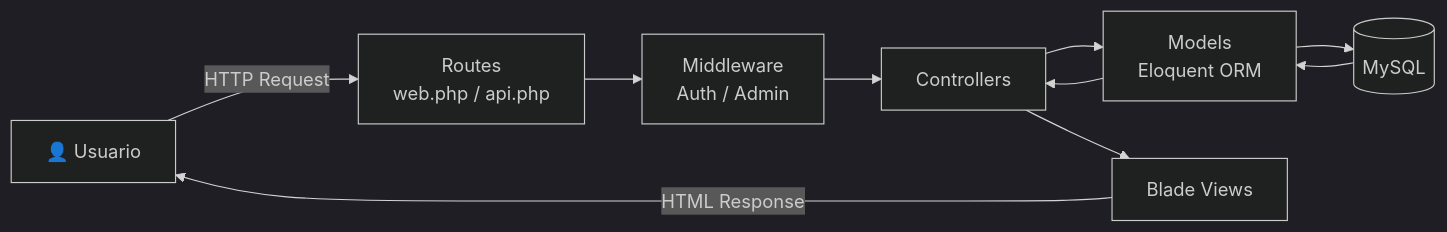
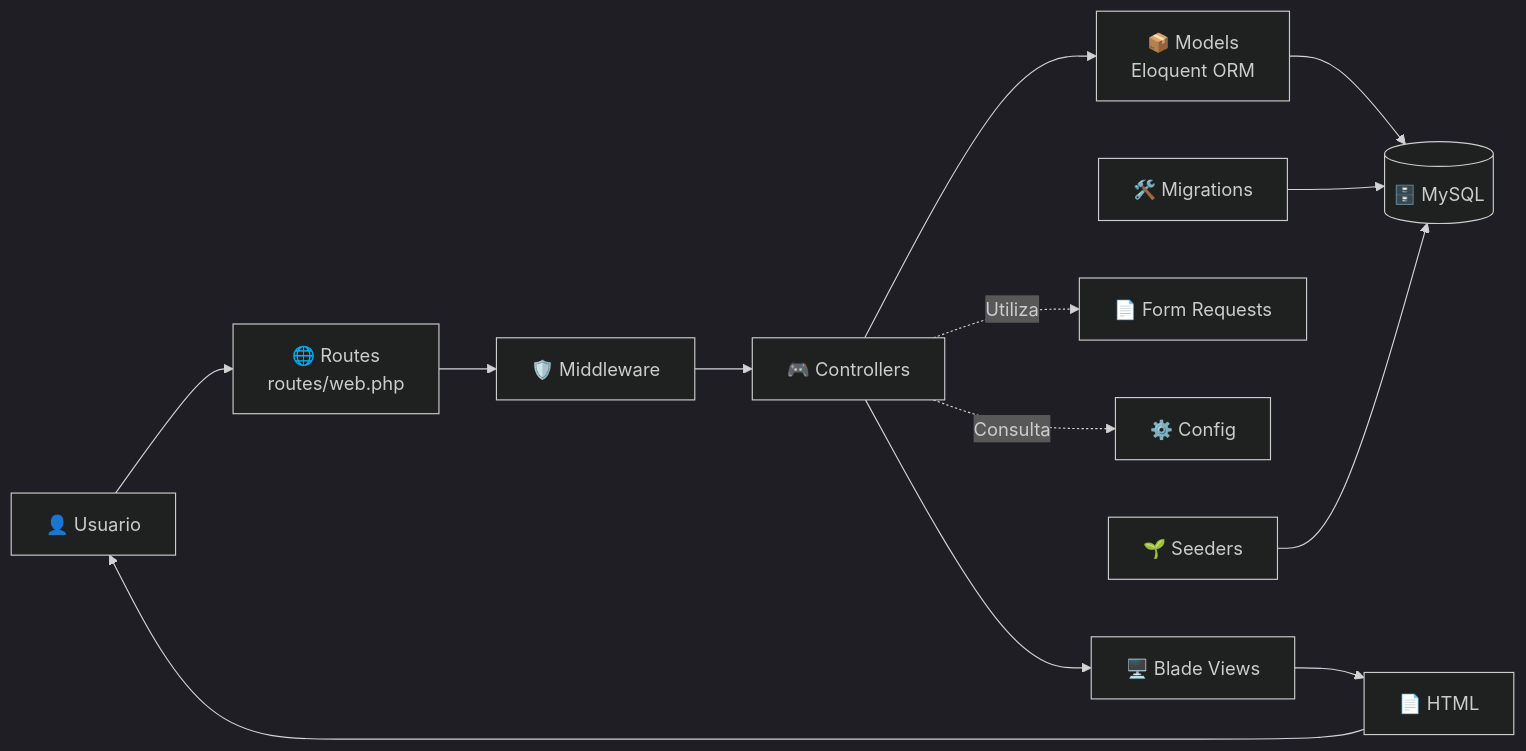
One commit to facusoster/FinalProdWebLaravel changed the diagram in docs/diagramas/01_ArquitecturaMVC.md. Above: the diagram before and after it, drawn with Mermaid (dark theme). The commit also changed other lines of this file and 25 other files, not shown here.

Commit message:
Actualizo documentación completa: diagramas, requisitos, arquitectura, UML y setup

````diff
--- a/docs/diagramas/01_ArquitecturaMVC.md
+++ b/docs/diagramas/01_ArquitecturaMVC.md
@@ -19,27 +23,27 @@
 ```mermaid
 flowchart LR
 
-    U[👤 Usuario]
+    A["👤 Usuario"] --> B["🌐 Routes<br/>routes/web.php"]
 
-    R["Routes<br/>web.php / api.php"]
+    B --> C["🛡️ Middleware"]
 
-    M["Middleware<br/>Auth / Admin"]
+    C --> D["🎮 Controllers"]
 
-    C["Controllers"]
+    D --> E["📦 Models<br/>Eloquent ORM"]
 
-    E["Models<br/>Eloquent ORM"]
+    E --> F[("🗄️ MySQL")]
 
-    DB[("MySQL")]
+    D --> G["🖥️ Blade Views"]
 
-    V["Blade Views"]
+    G --> H["📄 HTML"]
 
-    U -->|HTTP Request| R
-    R --> M
-    M --> C
-    C --> E
-    E --> DB
-    DB --> E
-    E --> C
-    C --> V
-    V -->|HTML Response| U
+    H --> A
+
+    D -. Utiliza .-> I["📄 Form Requests"]
+
+    D -. Consulta .-> J["⚙️ Config"]
+
+    K["🛠️ Migrations"] --> F
+
+    L["🌱 Seeders"] --> F
 ```
````
